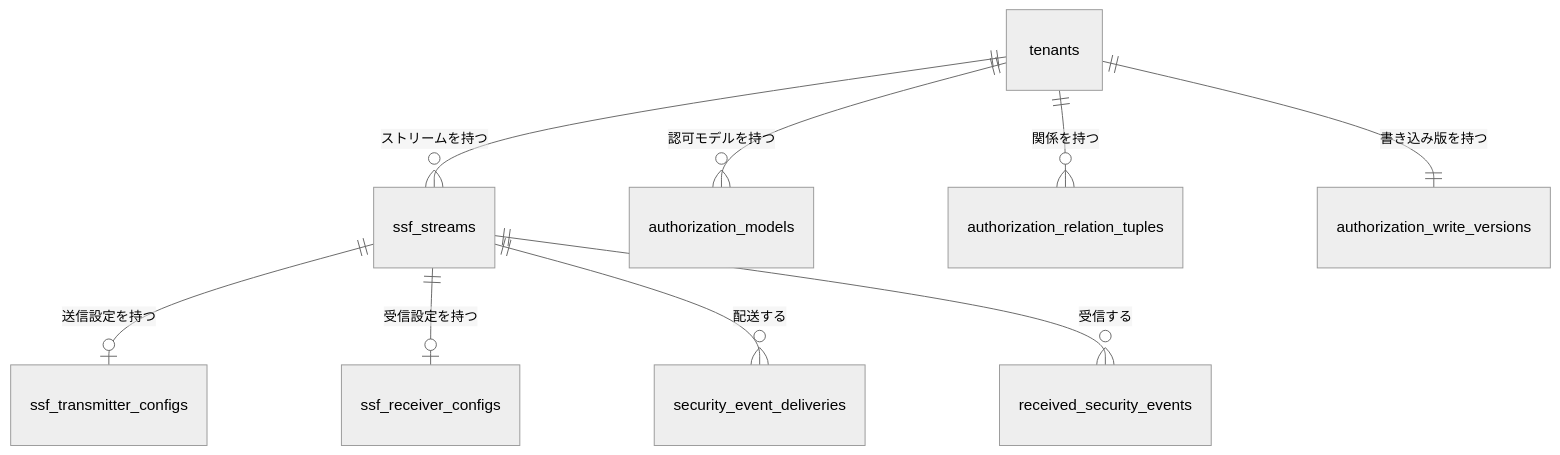
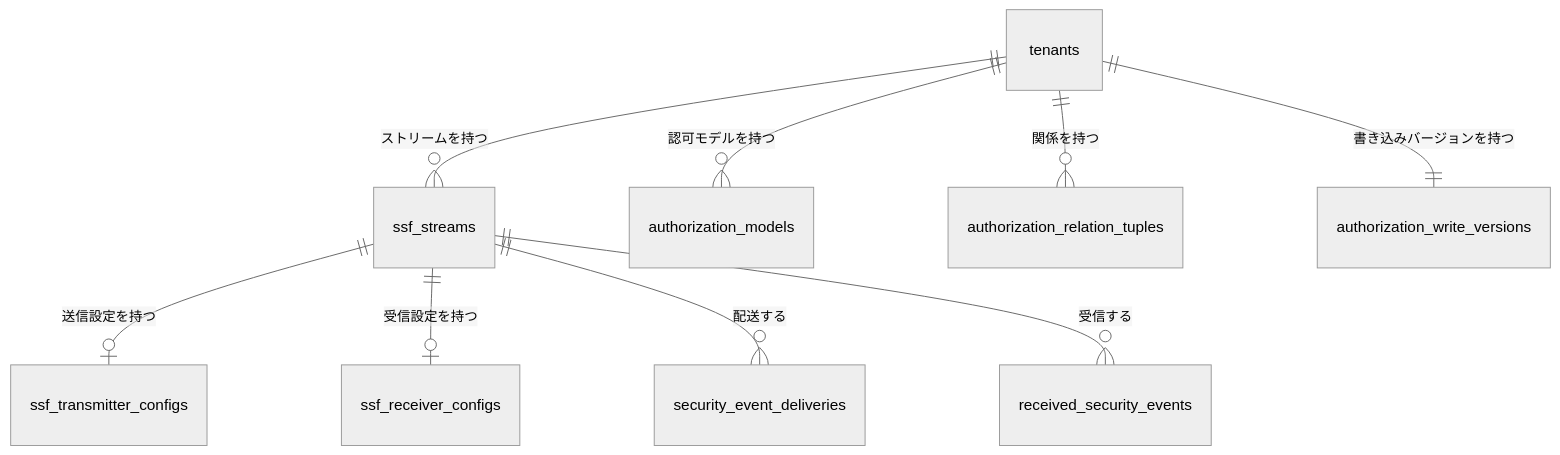
One commit to ambi/idmagic changed the sixth of 6 diagrams in docs/design/data/database.md. Above: the diagram before and after it, drawn with Mermaid (neutral theme). The commit also changed other lines of this file and 10 other files, not shown here.

````diff
--- a/docs/design/data/database.md
+++ b/docs/design/data/database.md
@@ -450,29 +450,29 @@
 ```mermaid
 erDiagram
     tenants {
     }
     ssf_streams {
     }
     ssf_transmitter_configs {
     }
     ssf_receiver_configs {
     }
     security_event_deliveries {
     }
     received_security_events {
     }
     authorization_models {
     }
     authorization_relation_tuples {
     }
     authorization_write_versions {
     }
     tenants ||--o{ ssf_streams : ストリームを持つ
     ssf_streams ||--o| ssf_transmitter_configs : 送信設定を持つ
     ssf_streams ||--o| ssf_receiver_configs : 受信設定を持つ
     ssf_streams ||--o{ security_event_deliveries : 配送する
     ssf_streams ||--o{ received_security_events : 受信する
     tenants ||--o{ authorization_models : 認可モデルを持つ
     tenants ||--o{ authorization_relation_tuples : 関係を持つ
-    tenants ||--|| authorization_write_versions : 書き込み版を持つ
+    tenants ||--|| authorization_write_versions : 書き込みバージョンを持つ
 ```
````
